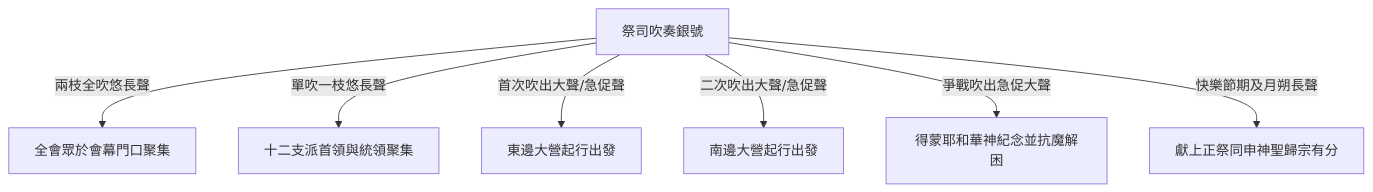
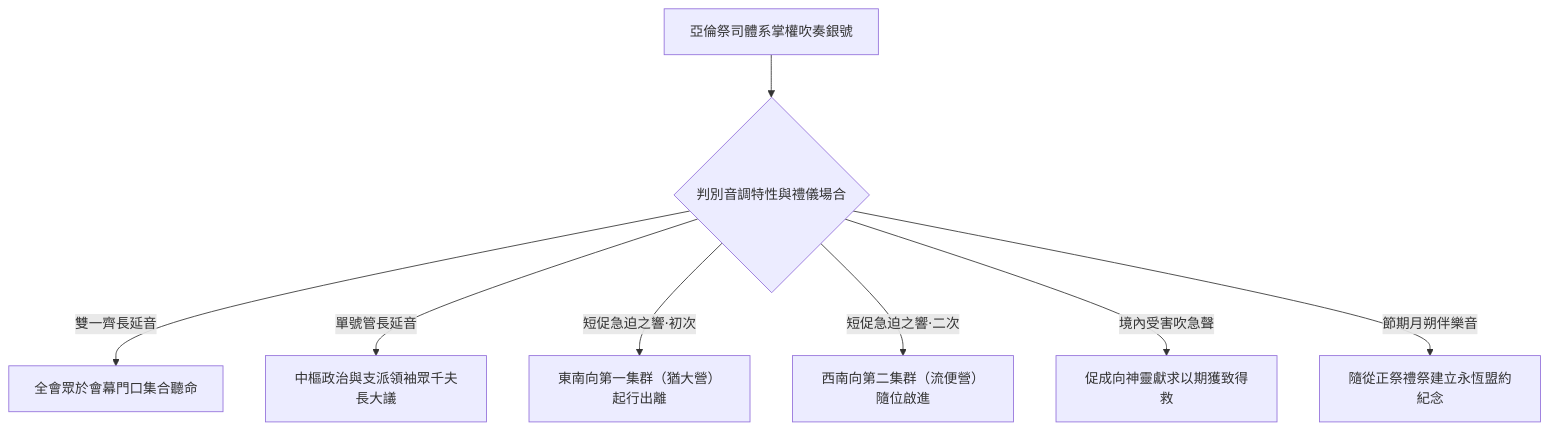
Before and after one commit to andyjr5566/Bible_wiki_zh_website: the diagram in content/04 民數記/第10章.md, drawn with Mermaid. The commit also changed other lines of this file and 471 other files, not shown here.

````diff
--- a/content/04 民數記/第10章.md
+++ b/content/04 民數記/第10章.md
@@ -94,9 +94,10 @@
 ```mermaid
 flowchart TD
-    A["祭司吹奏銀號"] -->|兩枝全吹悠長聲| B["全會眾於會幕門口聚集"]
-    A -->|單吹一枝悠長聲| C["十二支派首領與統領聚集"]
-    A -->|首次吹出大聲/急促聲| D["東邊大營起行出發"]
-    A -->|二次吹出大聲/急促聲| E["南邊大營起行出發"]
-    A -->|爭戰吹出急促大聲| F["得蒙耶和華神紀念並抗魔解困"]
-    A -->|快樂節期及月朔長聲| G["獻上正祭同申神聖歸宗有分"]
+    A["亞倫祭司體系掌權吹奏銀號"] --> B{"判別音調特性與禮儀場合"}
+    B -->|雙一齊長延音| C["全會眾於會幕門口集合聽命"]
+    B -->|單號管長延音| D["中樞政治與支派領袖眾千夫長大議"]
+    B -->|短促急迫之響·初次| E["東南向第一集群（猶大營）起行出離"]
+    B -->|短促急迫之響·二次| F["西南向第二集群（流便營）隨位啟進"]
+    B -->|境內受害吹急聲| G["促成向神靈獻求以期獲致得救"]
+    B -->|節期月朔伴樂音| H["隨從正祭禮祭建立永恆盟約紀念"]
 ```
````
